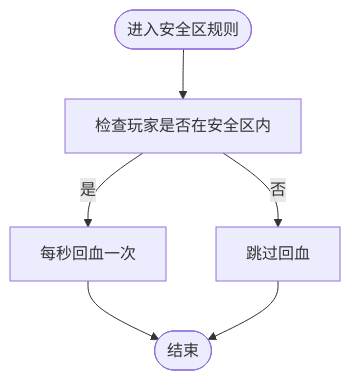
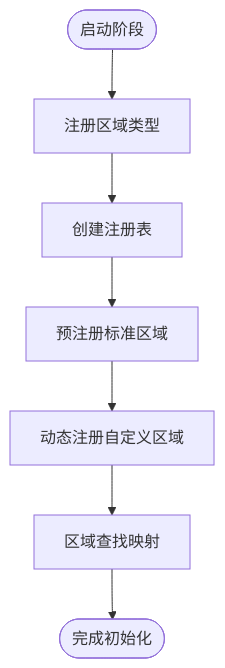
One commit to Ver-shift/SubModulesGeneHunter changed the seventh of 9 diagrams in .qoder/repowiki/zh/content/模块架构/Beyond安全区模块/安全区数据模型.md. Above: the diagram before and after it, drawn with Mermaid. The commit also changed other lines of this file and 42 other files, not shown here.

````diff
--- a/.qoder/repowiki/zh/content/模块架构/Beyond安全区模块/安全区数据模型.md
+++ b/.qoder/repowiki/zh/content/模块架构/Beyond安全区模块/安全区数据模型.md
@@ -330,8 +380,9 @@
 ```mermaid
 flowchart TD
-Start(["进入安全区规则"]) --> Check["检查玩家是否在安全区内"]
-Check --> |是| Heal["每秒回血一次"]
-Check --> |否| Skip["跳过回血"]
-Heal --> End(["结束"])
-Skip --> End
+Start(["启动阶段"]) --> Register["注册区域类型"]
+Register --> CreateRegistry["创建注册表"]
+CreateRegistry --> PreRegister["预注册标准区域"]
+PreRegister --> DynamicRegister["动态注册自定义区域"]
+DynamicRegister --> Lookup["区域查找映射"]
+Lookup --> Complete(["完成初始化"])
 ```
````
